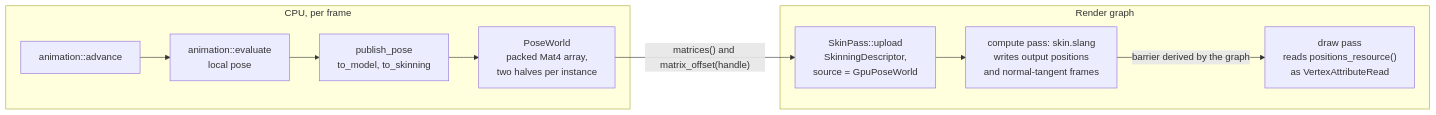
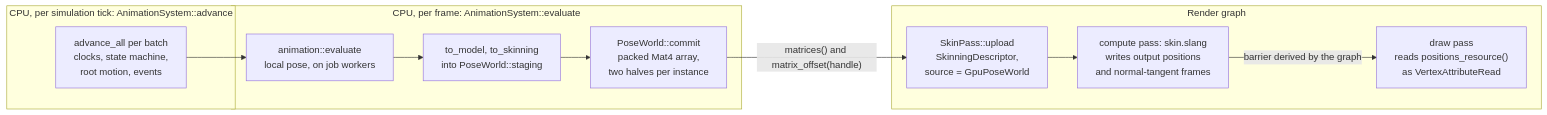
Before and after one commit to CyberdyneCorp/CyberdyneEngine: the second of 2 diagrams in docs/guides/animation.md, drawn with Mermaid. The commit also changed other lines of this file and 62 other files, not shown here.

````diff
--- a/docs/guides/animation.md
+++ b/docs/guides/animation.md
@@ -427,13 +554,16 @@
 ```mermaid
 flowchart LR
-    subgraph cpu["CPU, per frame"]
-        advance["animation::advance"] --> evaluate["animation::evaluate<br/>local pose"]
-        evaluate --> publish["publish_pose<br/>to_model, to_skinning"]
-        publish --> world["PoseWorld<br/>packed Mat4 array,<br/>two halves per instance"]
+    subgraph tick["CPU, per simulation tick: AnimationSystem::advance"]
+        advance["advance_all per batch<br/>clocks, state machine,<br/>root motion, events"]
     end
+    subgraph cpu["CPU, per frame: AnimationSystem::evaluate"]
+        evaluate["animation::evaluate<br/>local pose, on job workers"] --> publish["to_model, to_skinning<br/>into PoseWorld::staging"]
+        publish --> world["PoseWorld::commit<br/>packed Mat4 array,<br/>two halves per instance"]
+    end
+    advance --> evaluate
     world -->|"matrices() and matrix_offset(handle)"| upload["SkinPass::upload<br/>SkinningDescriptor,<br/>source = GpuPoseWorld"]
     subgraph gpu["Render graph"]
         upload --> dispatch["compute pass: skin.slang<br/>writes output positions<br/>and normal-tangent frames"]
         dispatch -->|"barrier derived by the graph"| draw["draw pass<br/>reads positions_resource()<br/>as VertexAttributeRead"]
     end
 ```
````
